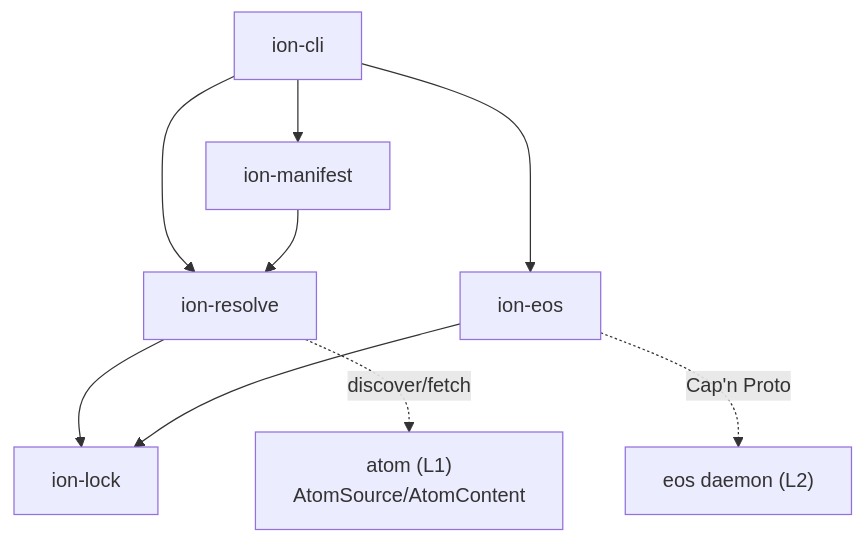
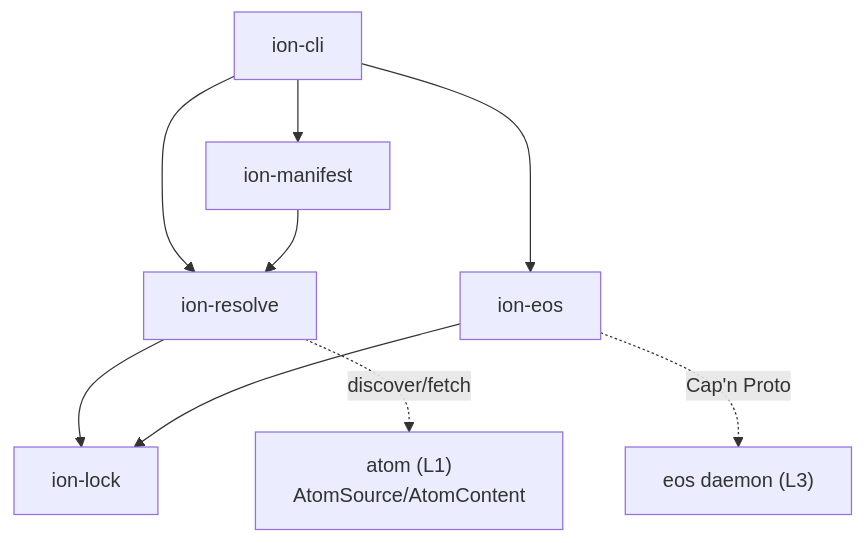
The third of 7 diagrams in docs/architecture/ion-sad.md (axiosoph/axios), drawn with Mermaid before and after one commit. The commit also changed other lines of this file and 5 other files, not shown here.

````diff
--- a/docs/architecture/ion-sad.md
+++ b/docs/architecture/ion-sad.md
@@ -138,11 +139,11 @@
 ```mermaid
 graph TB
   CLI["ion-cli"] --> MAN["ion-manifest"]
   CLI --> RES["ion-resolve"]
   CLI --> EOSB["ion-eos"]
   MAN --> RES
   RES --> LK["ion-lock"]
   EOSB --> LK
   RES -. discover/fetch .-> ATOM["atom (L1)\nAtomSource/AtomContent"]
-  EOSB -. Cap'n Proto .-> DAEMON["eos daemon (L2)"]
+  EOSB -. Cap'n Proto .-> DAEMON["eos daemon (L3)"]
 ```
````
